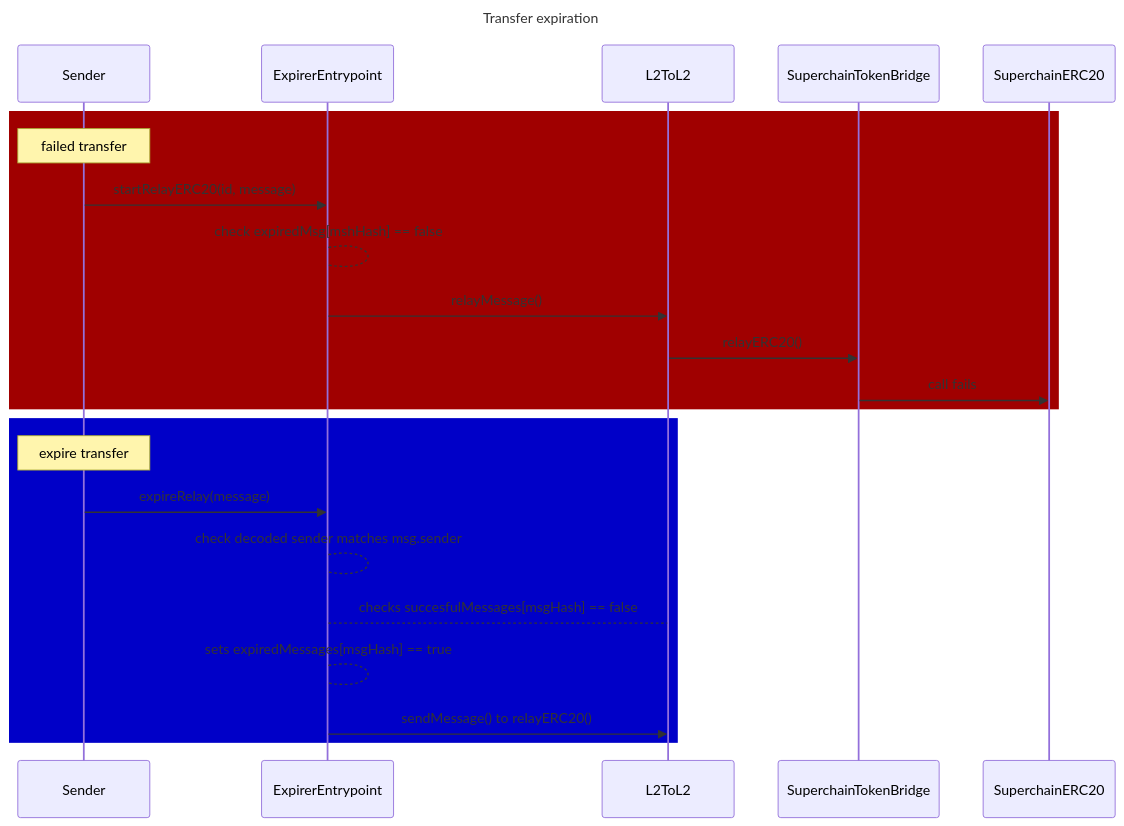
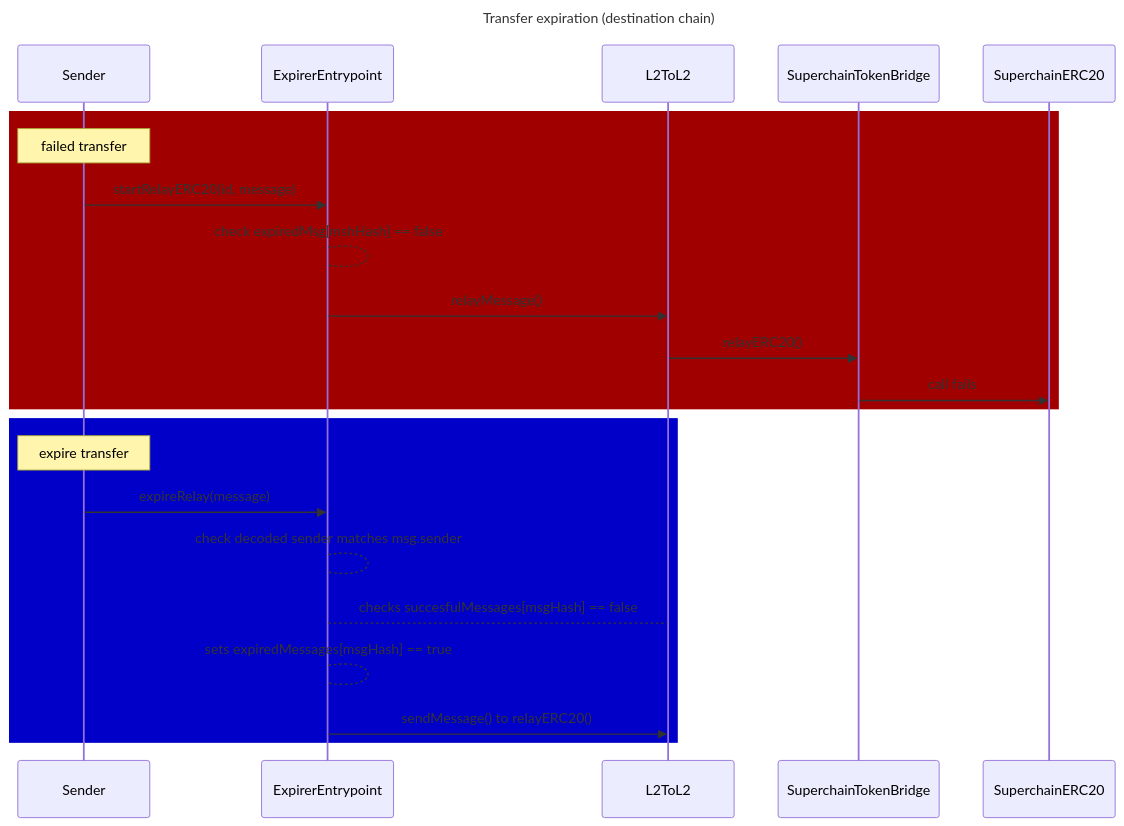
The third of 4 diagrams in protocol/superchain-erc20/expired-transfers.md (ethereum-optimism/design-docs), drawn with Mermaid before and after one commit. The commit also changed other lines of this file, not shown here.

````diff
--- a/protocol/superchain-erc20/expired-transfers.md
+++ b/protocol/superchain-erc20/expired-transfers.md
@@ -59,22 +112,22 @@
 ```mermaid
 sequenceDiagram
-title Transfer expiration
+title Transfer expiration (destination chain)
 
 rect rgb(160, 0, 0)
 Note over Sender: failed transfer
 Sender ->> ExpirerEntrypoint: startRelayERC20(id, message)
 ExpirerEntrypoint --> ExpirerEntrypoint: check expiredMsg[mshHash] == false
 ExpirerEntrypoint ->> L2ToL2: relayMessage()
 L2ToL2 ->> SuperchainTokenBridge: relayERC20()
 SuperchainTokenBridge ->> SuperchainERC20: call fails
 end
 
 rect rgb(0, 0, 200)
 Note over Sender: expire transfer
 Sender ->> ExpirerEntrypoint: expireRelay(message)
 ExpirerEntrypoint --> ExpirerEntrypoint: check decoded sender matches msg.sender
 ExpirerEntrypoint --> L2ToL2: checks succesfulMessages[msgHash] == false
 ExpirerEntrypoint --> ExpirerEntrypoint: sets expiredMessages[msgHash] == true
 ExpirerEntrypoint ->> L2ToL2: sendMessage() to relayERC20()
 end
 ```
````
